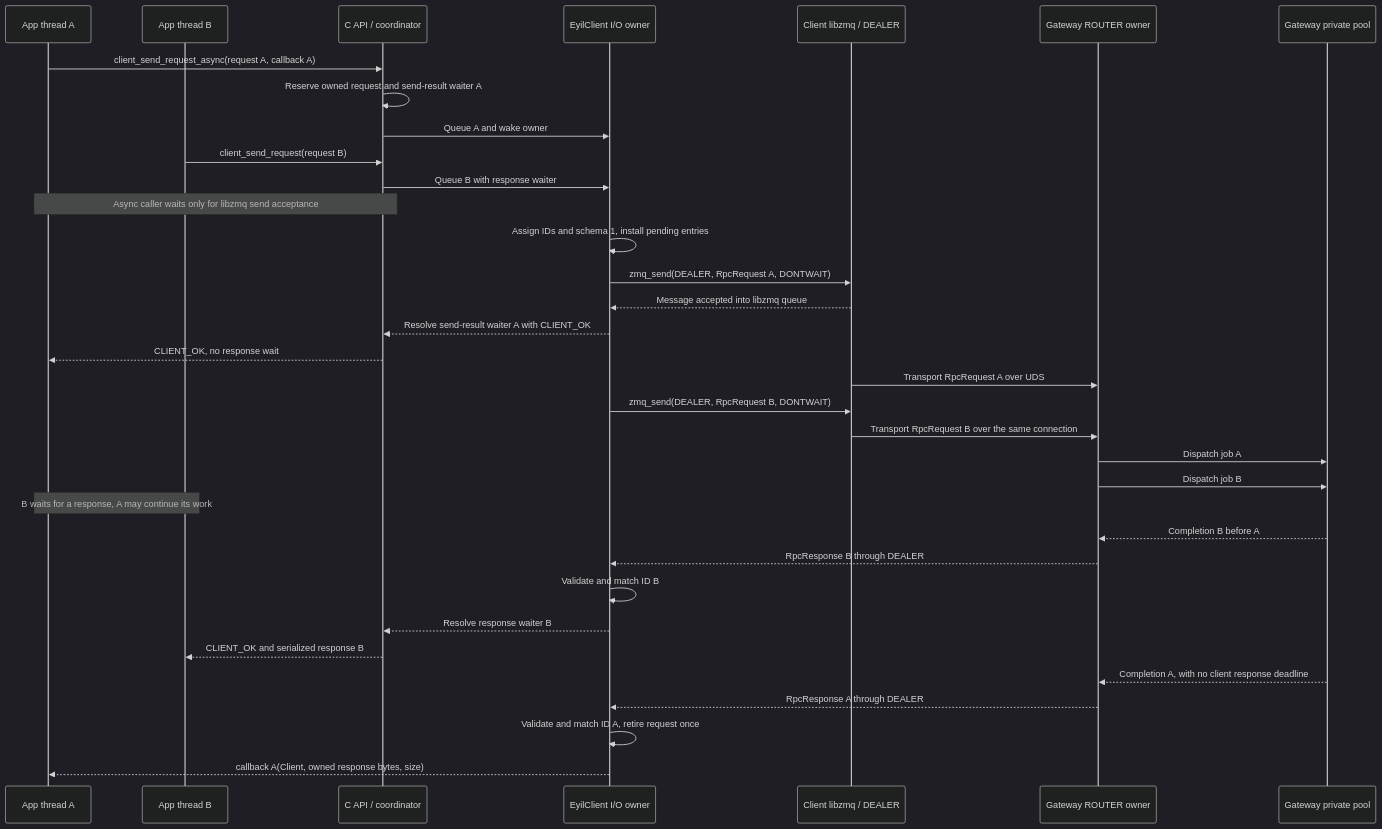
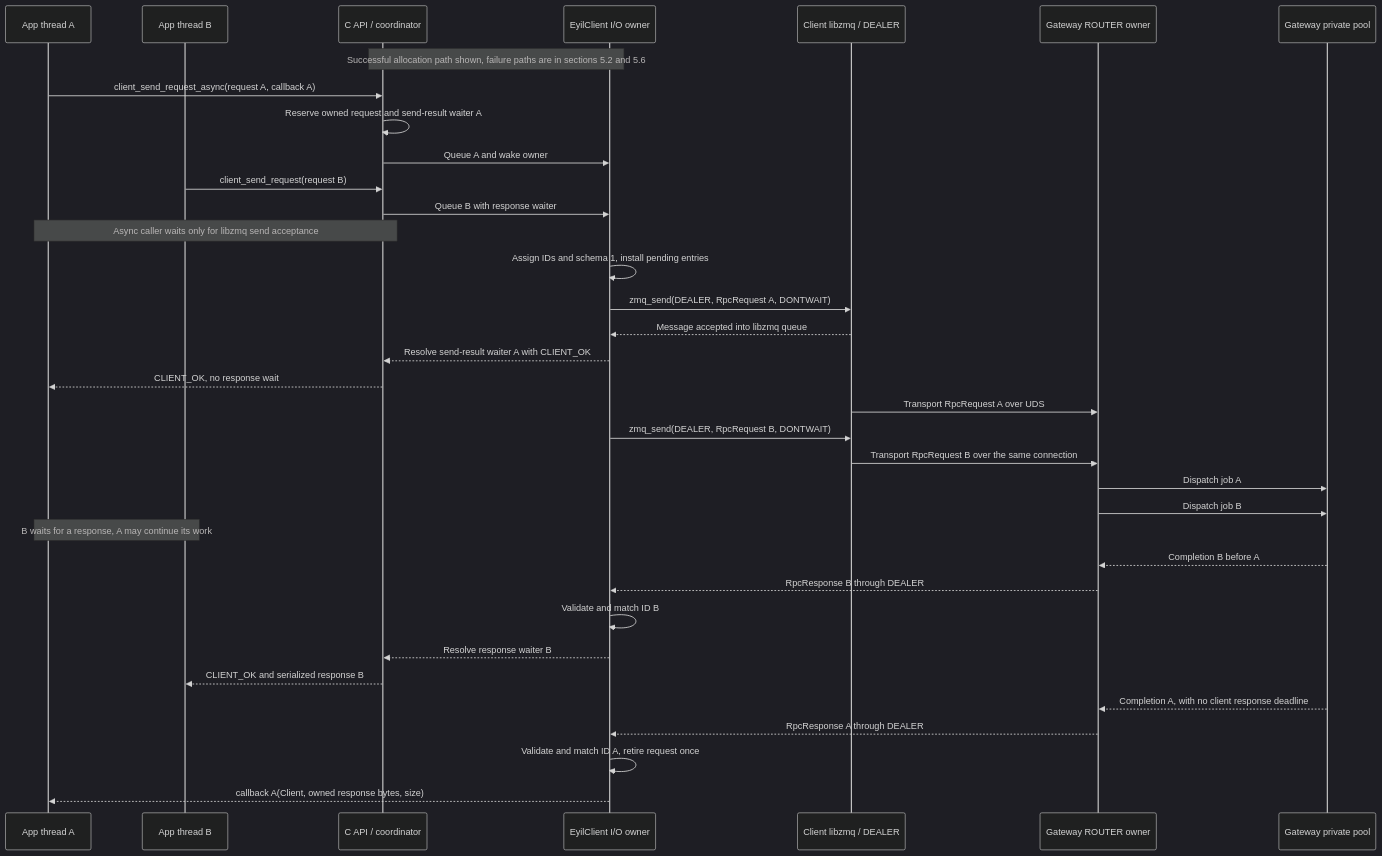
One commit to rdkcentral/eyil-secure-gateway changed the fourth of 30 diagrams in doc/EyilSecureGateway.md. Above: the diagram before and after it, drawn with Mermaid (dark theme). The commit also changed other lines of this file and 1 other file, not shown here.

````diff
--- a/doc/EyilSecureGateway.md
+++ b/doc/EyilSecureGateway.md
@@ -694,36 +755,37 @@
 ```mermaid
 sequenceDiagram
     participant A as App thread A
     participant B as App thread B
     participant API as C API / coordinator
     participant IO as EyilClient I/O owner
     participant Z as Client libzmq / DEALER
     participant GW as Gateway ROUTER owner
     participant W as Gateway private pool
+    Note over API,IO: Successful allocation path shown, failure paths are in sections 5.2 and 5.6
     A->>API: client_send_request_async(request A, callback A)
     API->>API: Reserve owned request and send-result waiter A
     API->>IO: Queue A and wake owner
     B->>API: client_send_request(request B)
     API->>IO: Queue B with response waiter
     Note over A,API: Async caller waits only for libzmq send acceptance
     IO->>IO: Assign IDs and schema 1, install pending entries
     IO->>Z: zmq_send(DEALER, RpcRequest A, DONTWAIT)
     Z-->>IO: Message accepted into libzmq queue
     IO-->>API: Resolve send-result waiter A with CLIENT_OK
     API-->>A: CLIENT_OK, no response wait
     Z->>GW: Transport RpcRequest A over UDS
     IO->>Z: zmq_send(DEALER, RpcRequest B, DONTWAIT)
     Z->>GW: Transport RpcRequest B over the same connection
     GW->>W: Dispatch job A
     GW->>W: Dispatch job B
     Note over A,B: B waits for a response, A may continue its work
     W-->>GW: Completion B before A
     GW-->>IO: RpcResponse B through DEALER
     IO->>IO: Validate and match ID B
     IO-->>API: Resolve response waiter B
     API-->>B: CLIENT_OK and serialized response B
     W-->>GW: Completion A, with no client response deadline
     GW-->>IO: RpcResponse A through DEALER
     IO->>IO: Validate and match ID A, retire request once
     IO-->>A: callback A(Client, owned response bytes, size)
 ```
````
